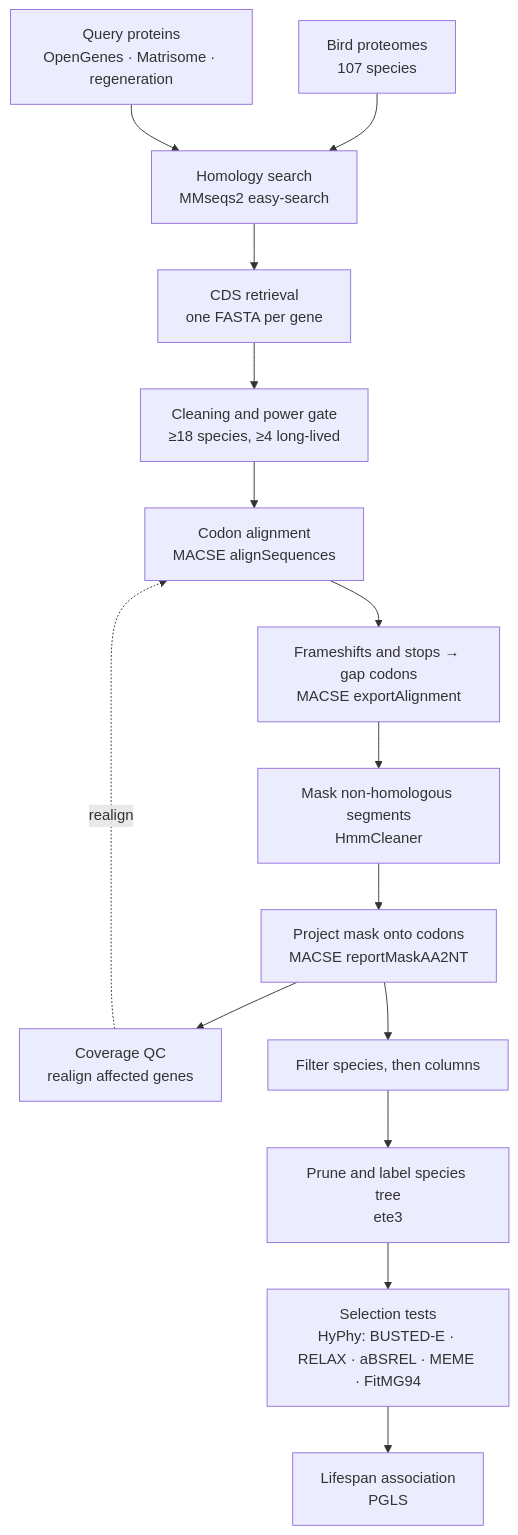
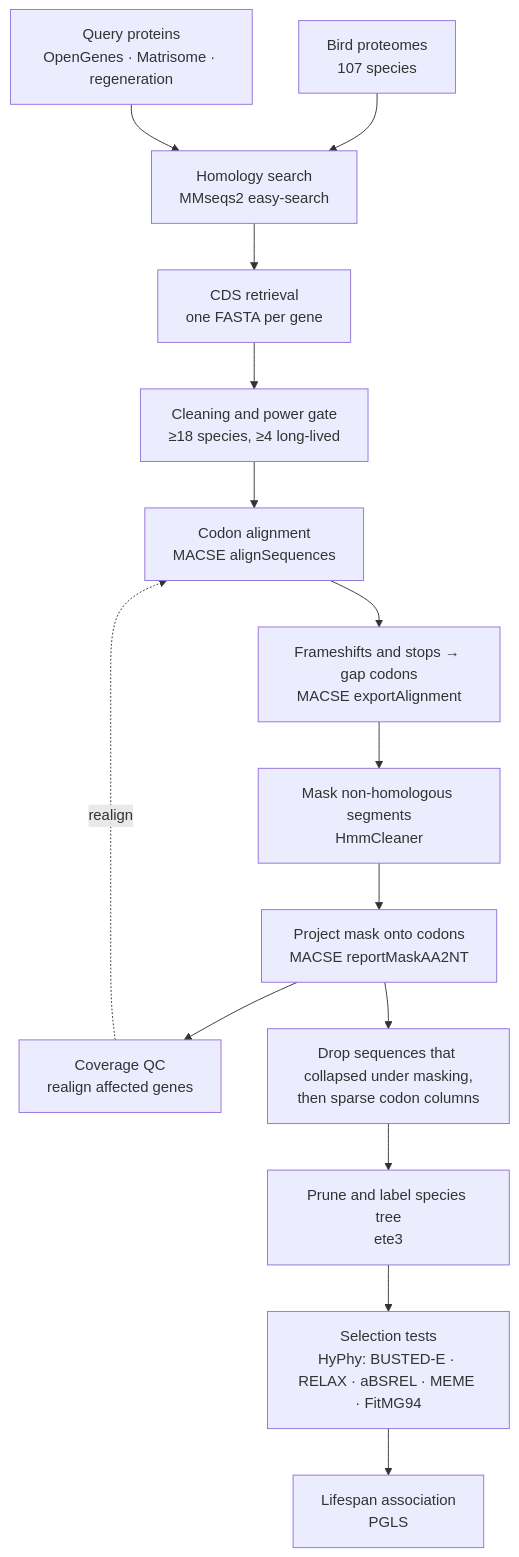
One commit to kuzinatrology/all_that_bird_funk changed the diagram in README.md. Above: the diagram before and after it, drawn with Mermaid. The commit also changed other lines of this file, not shown here.

````diff
--- a/README.md
+++ b/README.md
@@ -21,17 +25,17 @@
 ```mermaid
 flowchart TD
     A["Bird proteomes<br/>107 species"] --> B["Homology search<br/>MMseqs2 easy-search"]
     Q["Query proteins<br/>OpenGenes · Matrisome · regeneration"] --> B
     B --> C["CDS retrieval<br/>one FASTA per gene"]
     C --> D["Cleaning and power gate<br/>≥18 species, ≥4 long-lived"]
     D --> E["Codon alignment<br/>MACSE alignSequences"]
     E --> F["Frameshifts and stops → gap codons<br/>MACSE exportAlignment"]
     F --> G["Mask non-homologous segments<br/>HmmCleaner"]
     G --> H["Project mask onto codons<br/>MACSE reportMaskAA2NT"]
     H --> I["Coverage QC<br/>realign affected genes"]
     I -.->|realign| E
-    H --> J["Filter species, then columns"]
+    H --> J["Drop sequences that collapsed under masking,<br/>then sparse codon columns"]
     J --> K["Prune and label species tree<br/>ete3"]
     K --> L["Selection tests<br/>HyPhy: BUSTED-E · RELAX · aBSREL · MEME · FitMG94"]
     L --> M["Lifespan association<br/>PGLS"]
 ```
````
